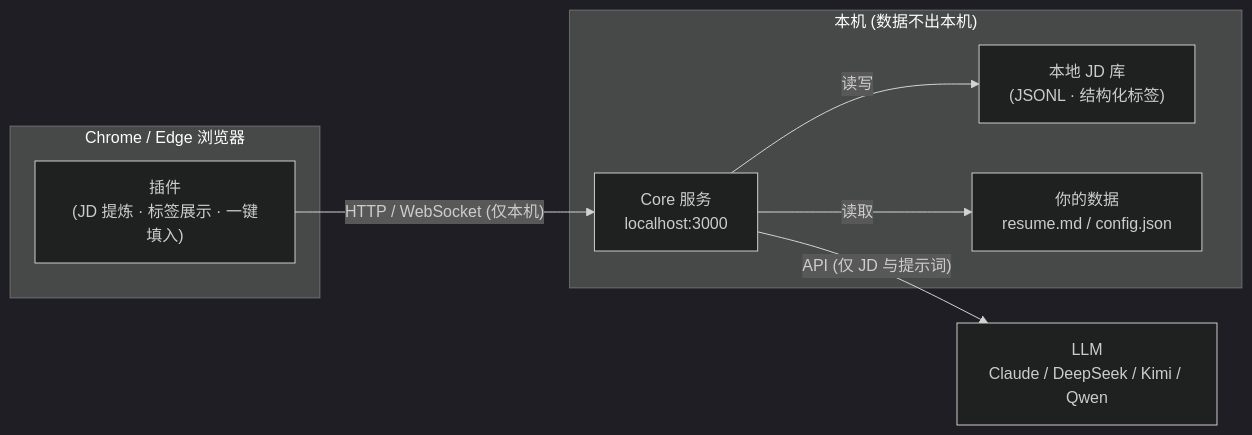
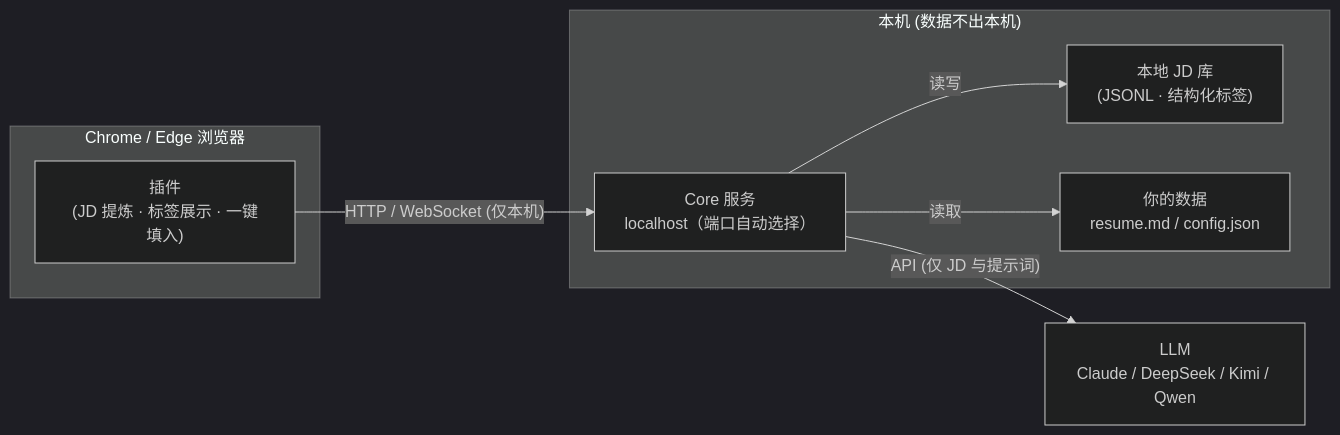
One commit to xxwj225-James/tomi-job-hunt changed the diagram in README.md. Above: the diagram before and after it, drawn with Mermaid (dark theme). The commit also changed 17 other files, not shown here.

````diff
--- a/README.md
+++ b/README.md
@@ -25,19 +25,19 @@
 ```mermaid
 flowchart LR
     subgraph Browser["Chrome / Edge 浏览器"]
         Ext["插件<br/>(JD 提炼 · 标签展示 · 一键填入)"]
     end
 
     subgraph Local["本机 (数据不出本机)"]
-        Core["Core 服务<br/>localhost:3000"]
+        Core["Core 服务<br/>localhost（端口自动选择）"]
         Store["本地 JD 库<br/>(JSONL · 结构化标签)"]
         Data["你的数据<br/>resume.md / config.json"]
         Core -->|读写| Store
         Core -->|读取| Data
     end
 
     LLM["LLM<br/>Claude / DeepSeek / Kimi / Qwen"]
 
     Ext -->|"HTTP / WebSocket (仅本机)"| Core
     Core -->|"API (仅 JD 与提示词)"| LLM
 ```
````
